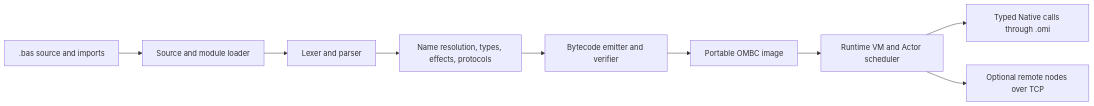
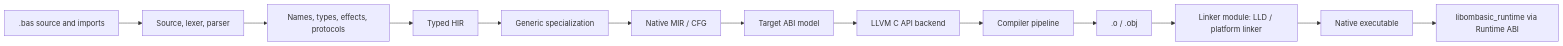
One commit to risol/OMBasic changed the diagram in docs/architecture/overview.md. Above: the diagram before and after it, drawn with Mermaid. The commit also changed other lines of this file and 194 other files, not shown here.

Commit message:
feat: replace VM with LLVM native AOT

````diff
--- a/docs/architecture/overview.md
+++ b/docs/architecture/overview.md
@@ -9,11 +9,15 @@
 ```mermaid
 flowchart LR
-    Source[".bas source and imports"] --> Loader["Source and module loader"]
-    Loader --> Syntax["Lexer and parser"]
-    Syntax --> Semantic["Name resolution, types, effects, protocols"]
-    Semantic --> Emitter["Bytecode emitter and verifier"]
-    Emitter --> Image["Portable OMBC image"]
-    Image --> VM["Runtime VM and Actor scheduler"]
-    VM --> Native["Typed Native calls through .omi"]
-    VM --> Remote["Optional remote nodes over TCP"]
+    Source[".bas source and imports"] --> Frontend["Source, lexer, parser"]
+    Frontend --> Semantic["Names, types, effects, protocols"]
+    Semantic --> HIR["Typed HIR"]
+    HIR --> Specialize["Generic specialization"]
+    Specialize --> MIR["Native MIR / CFG"]
+    MIR --> Target["Target ABI model"]
+    Target --> LLVM["LLVM C API backend"]
+    LLVM --> Compiler["Compiler pipeline"]
+    Compiler --> Object[".o / .obj"]
+    Object --> Linker["Linker module: LLD / platform linker"]
+    Linker --> Executable["Native executable"]
+    Executable --> Runtime["libombasic_runtime via Runtime ABI"]
 ```
````
